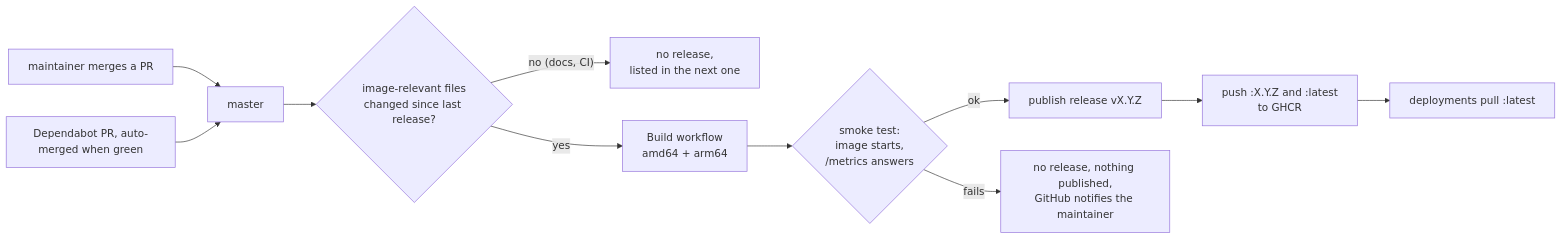
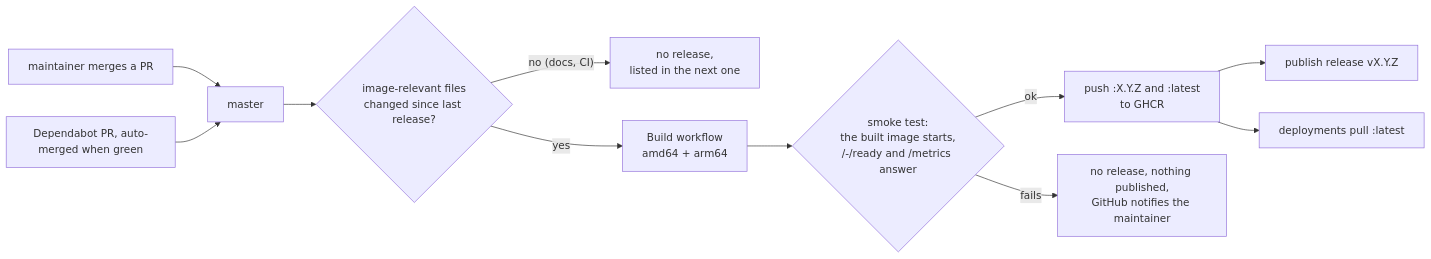
The diagram in RELEASING.md (motwok/DirAdvisor), drawn with Mermaid before and after one commit. The commit also changed other lines of this file and 3 other files, not shown here.

First line of the commit message:
ci: push the image before the release, smoke-test the built image, daily run (#23)

````diff
--- a/RELEASING.md
+++ b/RELEASING.md
@@ -19,13 +21,13 @@
 ```mermaid
 flowchart LR
   O[maintainer merges a PR] --> M[master]
   D[Dependabot PR, auto-merged when green] --> M
   M --> C{image-relevant files<br/>changed since last release?}
   C -- "no (docs, CI)" --> Q[no release,<br/>listed in the next one]
   C -- yes --> B[Build workflow<br/>amd64 + arm64]
-  B --> T{smoke test:<br/>image starts,<br/>/metrics answers}
-  T -- ok --> R[publish release vX.Y.Z]
-  R --> G["push :X.Y.Z and :latest<br/>to GHCR"]
+  B --> T{smoke test:<br/>the built image starts,<br/>/-/ready and /metrics answer}
+  T -- ok --> G["push :X.Y.Z and :latest<br/>to GHCR"]
+  G --> R[publish release vX.Y.Z]
   T -- fails --> N[no release, nothing published,<br/>GitHub notifies the maintainer]
   G --> P[deployments pull :latest]
 ```
````
